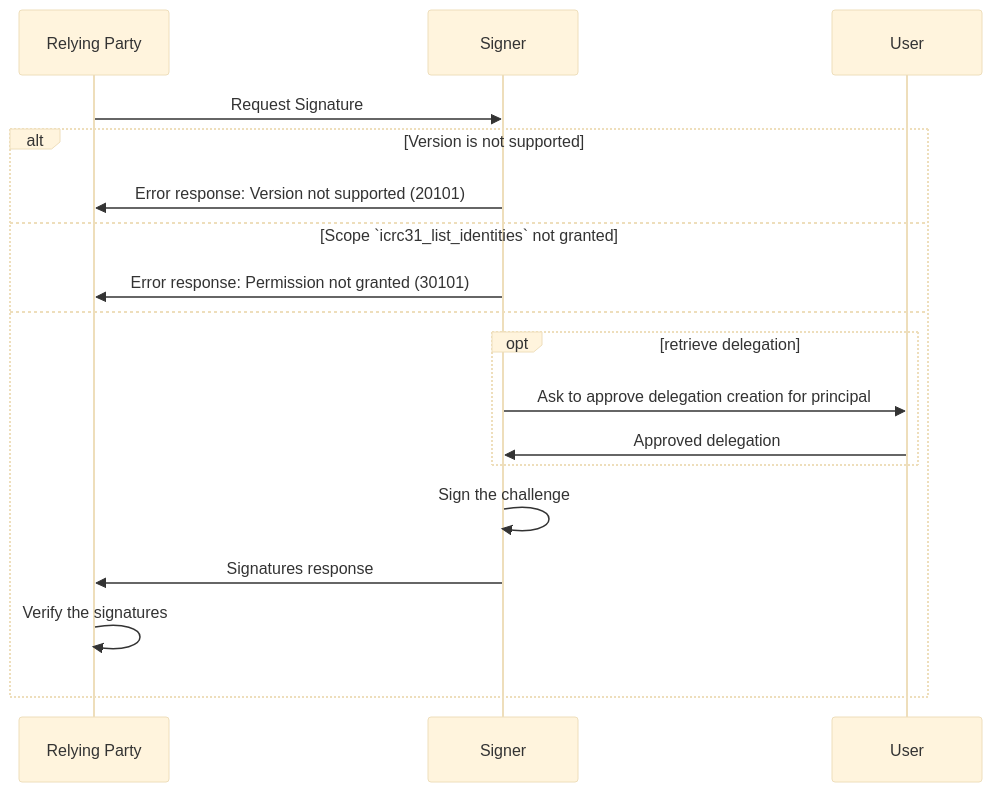
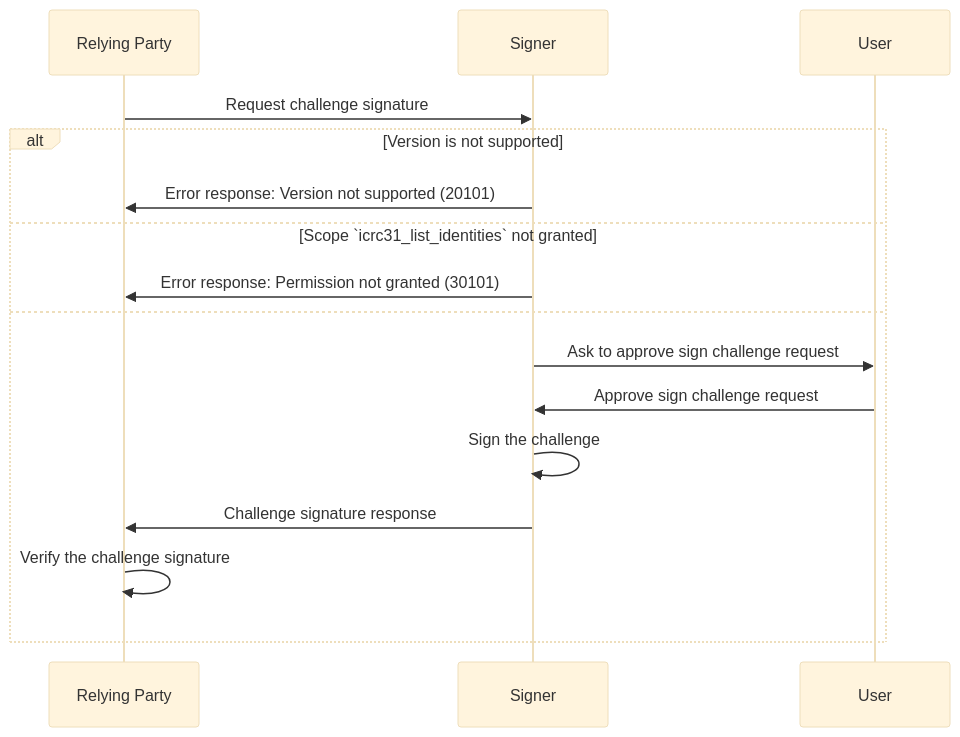
The diagram in topics/icrc_32_sign_challenge.md (dfinity/wg-identity-authentication), drawn with Mermaid (base theme) before and after one commit. The commit also changed other lines of this file, not shown here.

Commit message:
ICRC-32: Update message processing and diagram

````diff
--- a/topics/icrc_32_sign_challenge.md
+++ b/topics/icrc_32_sign_challenge.md
@@ -101,21 +104,19 @@
 ```mermaid
 sequenceDiagram
     participant RP as Relying Party
     participant S as Signer
     participant U as User
 
-    RP ->> S: Request Signature
+    RP ->> S: Request challenge signature
     alt Version is not supported
         S ->> RP: Error response: Version not supported (20101)
     else Scope `icrc31_list_identities` not granted
         S ->> RP: Error response: Permission not granted (30101)
     else
-        opt retrieve delegation
-            S ->> U: Ask to approve delegation creation for principal
-            U ->> S: Approved delegation
-        end
+        S ->> U: Ask to approve sign challenge request
+        U ->> S: Approve sign challenge request
         S ->> S: Sign the challenge
-        S ->> RP: Signatures response
-        RP ->> RP: Verify the signatures
+        S ->> RP: Challenge signature response
+        RP ->> RP: Verify the challenge signature
     end
 ```
````
